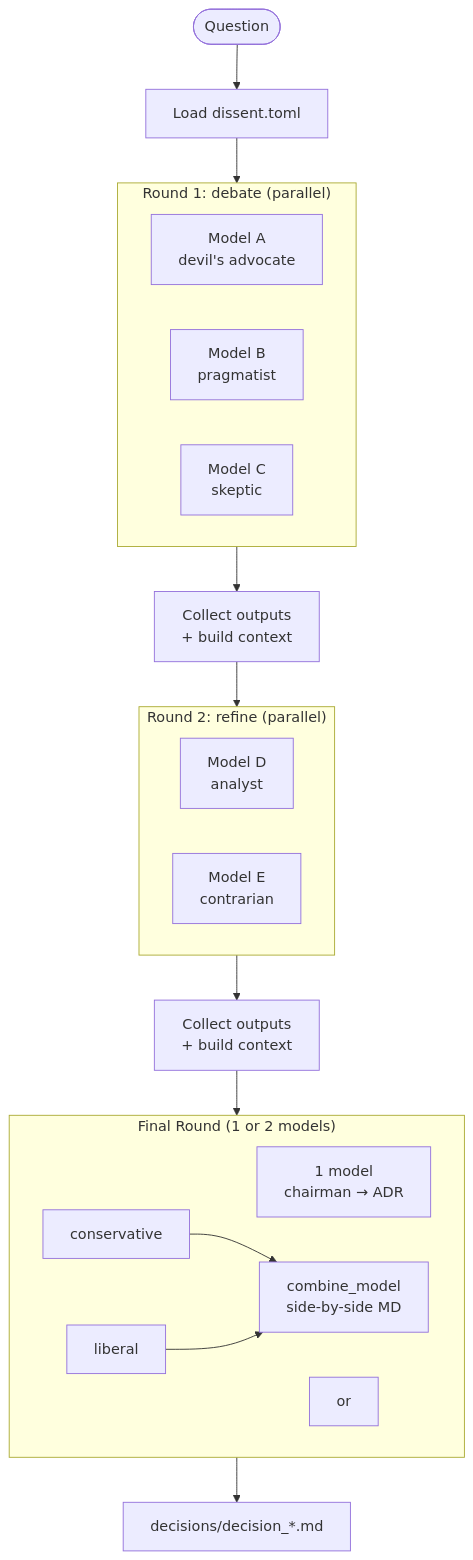
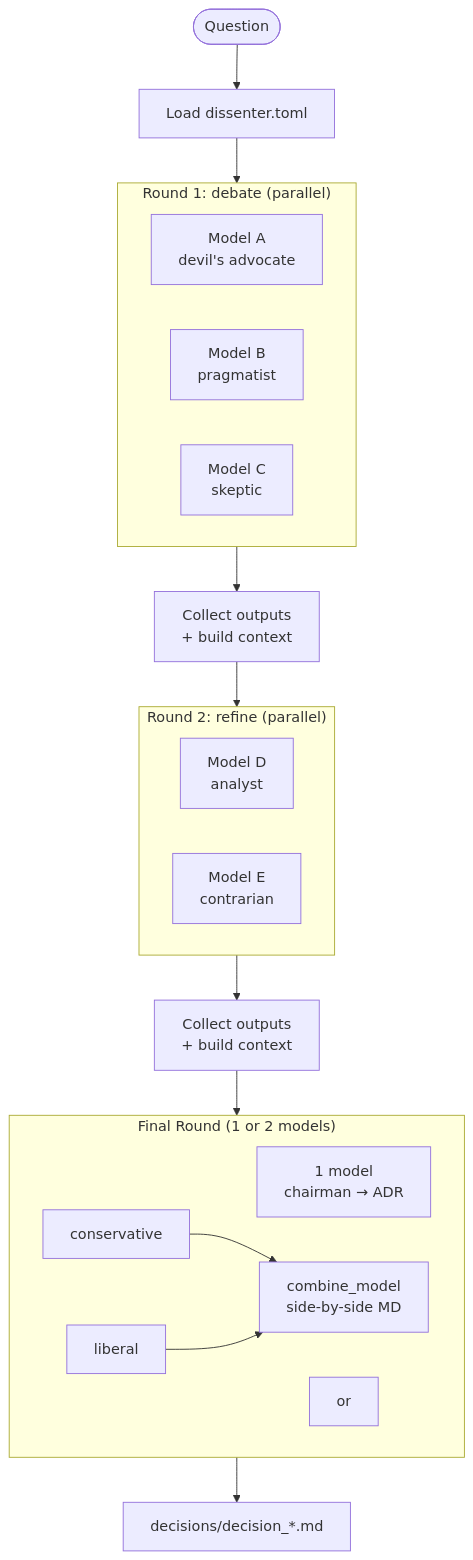
Before and after one commit to PR0CK0/dissenter: the diagram in README.md, drawn with Mermaid. The commit also changed other lines of this file and 12 other files, not shown here.

First line of the commit message:
chore: rename project to dissenter (PyPI name dissent was taken)

````diff
--- a/README.md
+++ b/README.md
@@ -109,34 +109,34 @@
 ```mermaid
 flowchart TD
-    Q([Question]) --> CFG[Load dissent.toml]
+    Q([Question]) --> CFG[Load dissenter.toml]
     CFG --> R1
 
     subgraph R1["Round 1: debate (parallel)"]
         M1[Model A\ndevil's advocate]
         M2[Model B\npragmatist]
         M3[Model C\nskeptic]
     end
 
     R1 --> CTX1[Collect outputs\n+ build context]
     CTX1 --> R2
 
     subgraph R2["Round 2: refine (parallel)"]
         M4[Model D\nanalyst]
         M5[Model E\ncontrarian]
     end
 
     R2 --> CTX2[Collect outputs\n+ build context]
     CTX2 --> FINAL
 
     subgraph FINAL["Final Round (1 or 2 models)"]
         direction LR
         CHAIR["1 model\nchairman → ADR"]
         OR["or"]
         CON["conservative"]
         LIB["liberal"]
         CON --> COMBINE[combine_model\nside-by-side MD]
         LIB --> COMBINE
     end
 
     FINAL --> OUT[decisions/decision_*.md]
 ```
````
